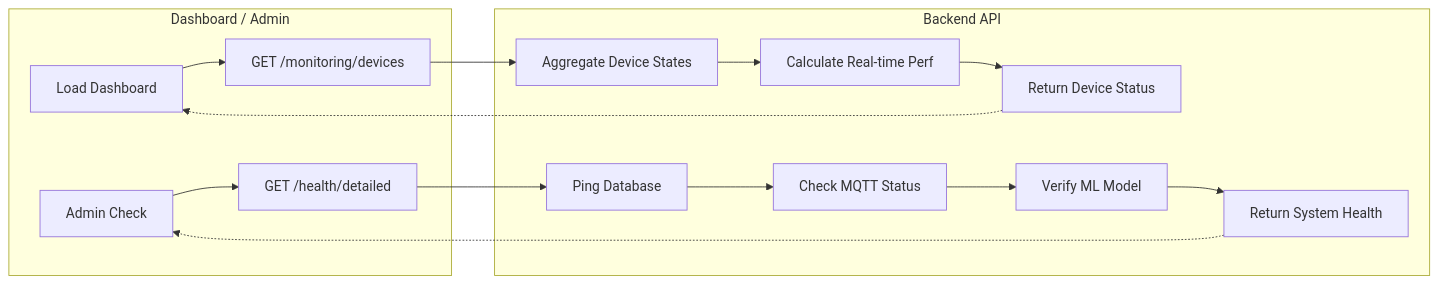
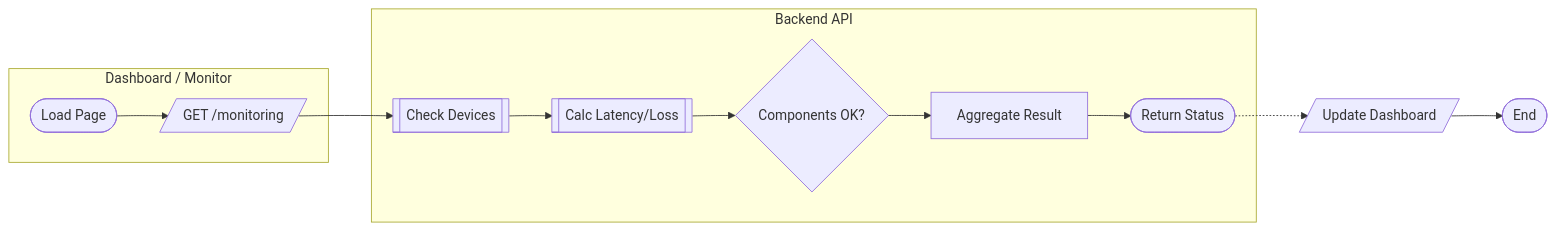
Before and after one commit to affanrk/ecg-puskesmas: the ninth of 9 diagrams in SYSTEM_FLOWS.md, drawn with Mermaid. The commit also changed other lines of this file, not shown here.

Commit message:
Update System Flow

````diff
--- a/SYSTEM_FLOWS.md
+++ b/SYSTEM_FLOWS.md
@@ -217,21 +233,18 @@
 ```mermaid
 flowchart LR
-    subgraph Frontend [Dashboard / Admin]
-        PageLoad[Load Dashboard] --> ReqHealth["GET /monitoring/devices"]
-        AdminCheck[Admin Check] --> ReqDetailed["GET /health/detailed"]
+    subgraph Admin [Dashboard / Monitor]
+        StartMon([Load Page]) --> ReqStat[/GET /monitoring/]
     end
 
     subgraph Backend [Backend API]
-        ReqHealth --> AggState[Aggregate Device States]
-        AggState --> CalcPerf[Calculate Real-time Perf]
-        CalcPerf --> RetDevStats[Return Device Status]
+        ReqStat --> CheckConn[[Check Devices]]
+        CheckConn --> CalcPerf[[Calc Latency/Loss]]
         
-        ReqDetailed --> CheckDB[Ping Database]
-        CheckDB --> CheckMQTT[Check MQTT Status]
-        CheckMQTT --> CheckML[Verify ML Model]
-        CheckML --> RetSysHealth[Return System Health]
+        CalcPerf --> CheckComp{"Components OK?"}
+        CheckComp --> AggRes[Aggregate Result]
+        AggRes --> RetStat([Return Status])
     end
-    
-    RetDevStats -.-> PageLoad
-    RetSysHealth -.-> AdminCheck
+
+    RetStat -.-> RenderStat[/Update Dashboard/]
+    RenderStat --> EndMon([End])
 ```
````
